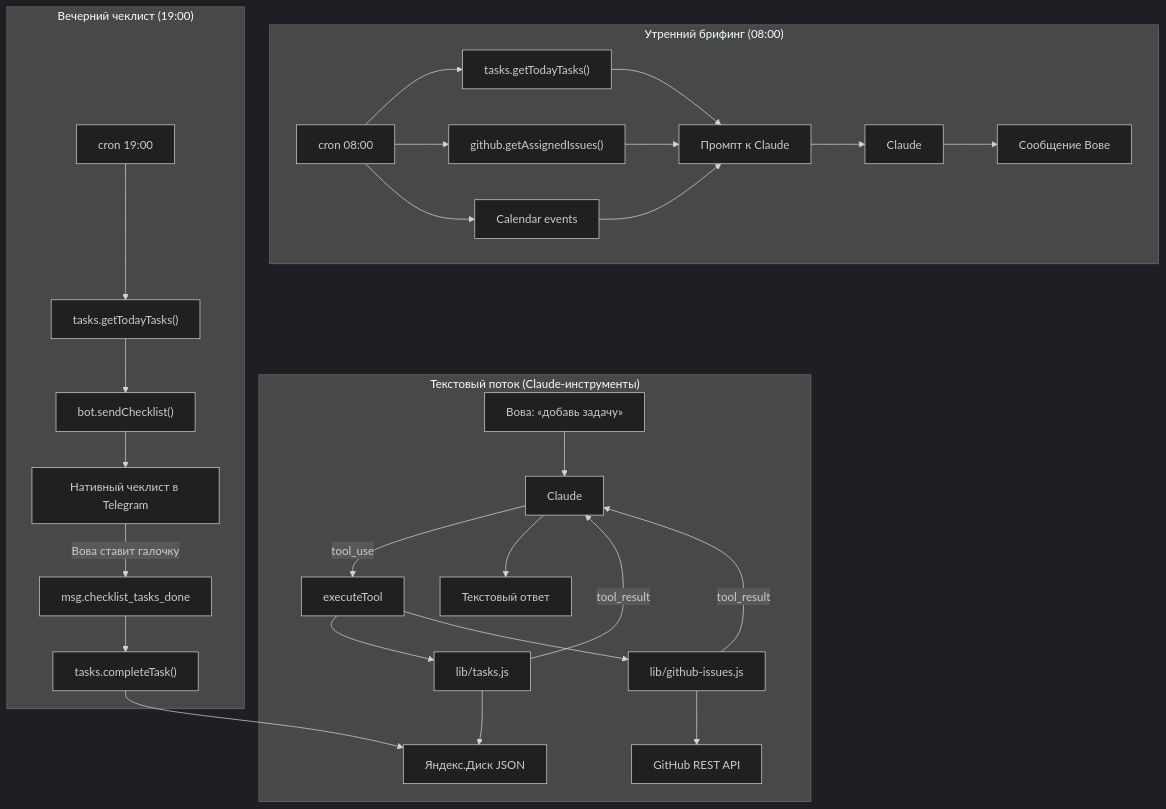
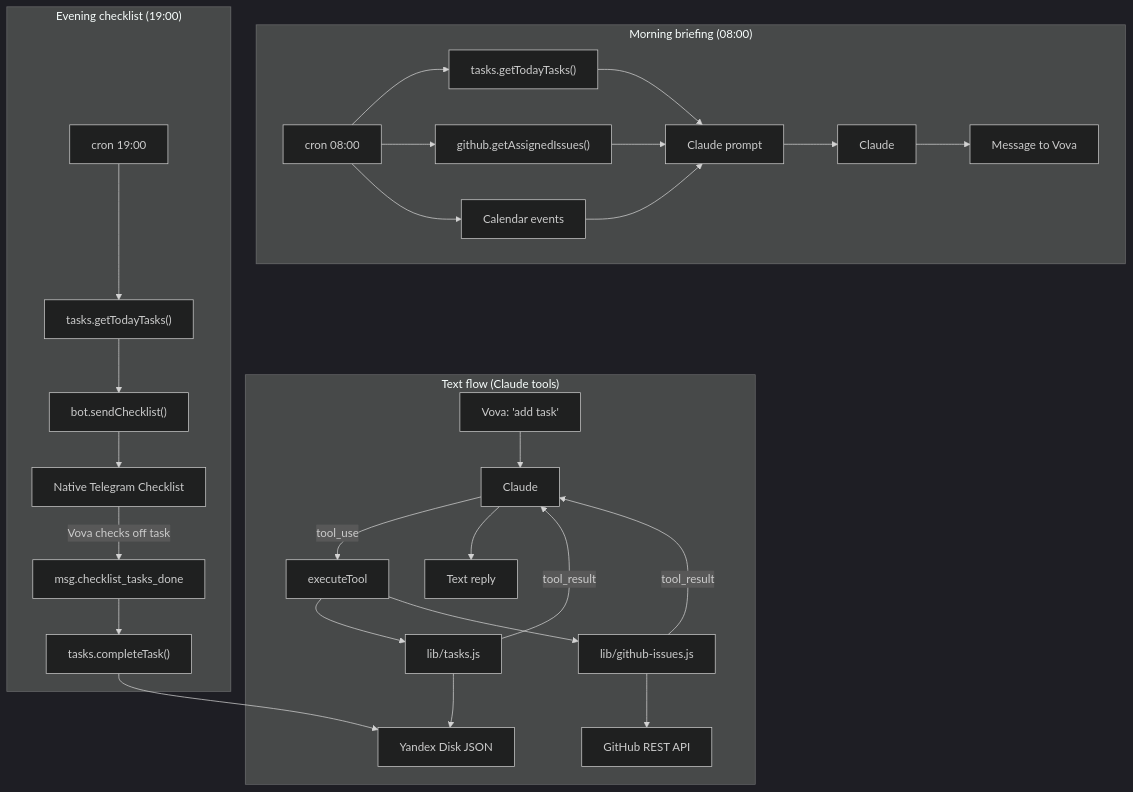
Before and after one commit to morshin/snezhanna: the diagram in docs/tz-task-tracking.md, drawn with Mermaid (dark theme). The commit also changed other lines of this file and 8 other files, not shown here.

````diff
--- a/docs/tz-task-tracking.md
+++ b/docs/tz-task-tracking.md
@@ -185,33 +183,33 @@
 ```mermaid
 flowchart TD
-    subgraph textFlow ["Текстовый поток (Claude-инструменты)"]
-        Vova_text["Вова: «добавь задачу»"] --> Claude
+    subgraph textFlow ["Text flow (Claude tools)"]
+        Vova_text["Vova: 'add task'"] --> Claude
         Claude -->|"tool_use"| executeTool
         executeTool --> tasks_js["lib/tasks.js"]
         executeTool --> gh_js["lib/github-issues.js"]
-        tasks_js --> yadisk["Яндекс.Диск JSON"]
+        tasks_js --> yadisk["Yandex Disk JSON"]
         gh_js --> github_api["GitHub REST API"]
         tasks_js -->|"tool_result"| Claude
         gh_js -->|"tool_result"| Claude
-        Claude --> reply["Текстовый ответ"]
+        Claude --> reply["Text reply"]
     end
 
-    subgraph morningFlow ["Утренний брифинг (08:00)"]
+    subgraph morningFlow ["Morning briefing (08:00)"]
         morning["cron 08:00"] --> getTodayTasks["tasks.getTodayTasks()"]
         morning --> getGH["github.getAssignedIssues()"]
         morning --> getCal["Calendar events"]
-        getTodayTasks --> prompt["Промпт к Claude"]
+        getTodayTasks --> prompt["Claude prompt"]
         getGH --> prompt
         getCal --> prompt
-        prompt --> Claude2["Claude"] --> briefing["Сообщение Вове"]
+        prompt --> Claude2["Claude"] --> briefing["Message to Vova"]
     end
 
-    subgraph eveningFlow ["Вечерний чеклист (19:00)"]
+    subgraph eveningFlow ["Evening checklist (19:00)"]
         evening["cron 19:00"] --> getTodayTasks2["tasks.getTodayTasks()"]
         getTodayTasks2 --> sendChecklist["bot.sendChecklist()"]
-        sendChecklist --> tg_checklist["Нативный чеклист в Telegram"]
-        tg_checklist -->|"Вова ставит галочку"| checklist_done["msg.checklist_tasks_done"]
+        sendChecklist --> tg_checklist["Native Telegram Checklist"]
+        tg_checklist -->|"Vova checks off task"| checklist_done["msg.checklist_tasks_done"]
         checklist_done --> completeTask["tasks.completeTask()"]
         completeTask --> yadisk
     end
 ```
````
